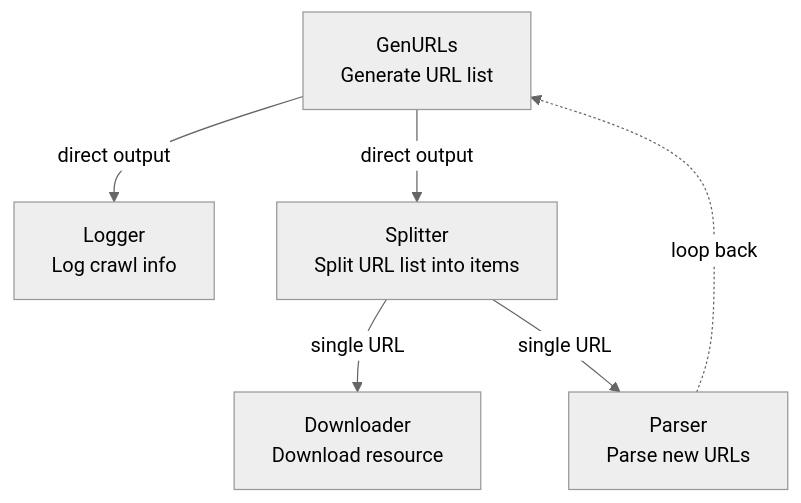
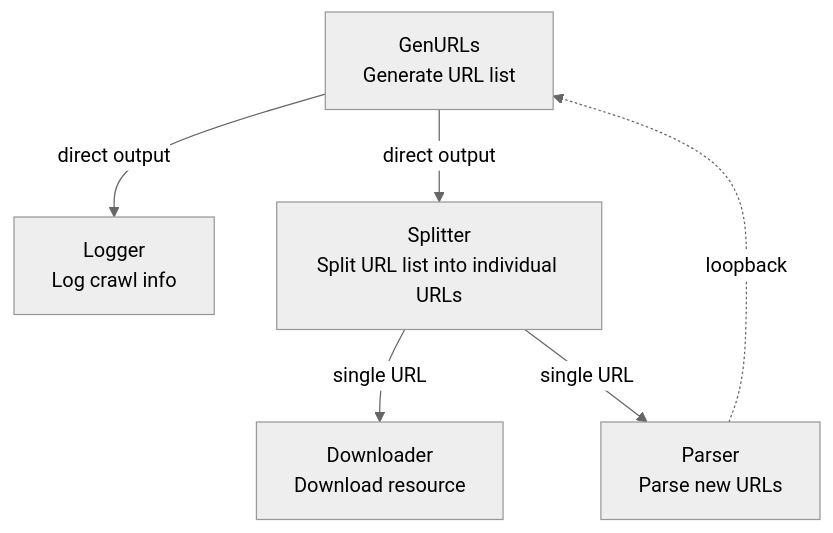
Before and after one commit to Mr-xiaotian/CelestialFlow: the first of 3 diagrams in docs/en/demo/demo_stages.md, drawn with Mermaid (neutral theme). The commit also changed other lines of this file and 278 other files, not shown here.

````diff
--- a/docs/en/demo/demo_stages.md
+++ b/docs/en/demo/demo_stages.md
@@ -19,8 +14,8 @@
 ```mermaid
 flowchart TD
     GenURLs["GenURLs<br/>Generate URL list"] -->|direct output| Logger["Logger<br/>Log crawl info"]
-    GenURLs -->|direct output| Splitter["Splitter<br/>Split URL list into items"]
+    GenURLs -->|direct output| Splitter["Splitter<br/>Split URL list into individual URLs"]
     Splitter -->|single URL| Downloader["Downloader<br/>Download resource"]
     Splitter -->|single URL| Parser["Parser<br/>Parse new URLs"]
-    Parser -.->|loop back| GenURLs
+    Parser -.->|loopback| GenURLs
 ```
````
